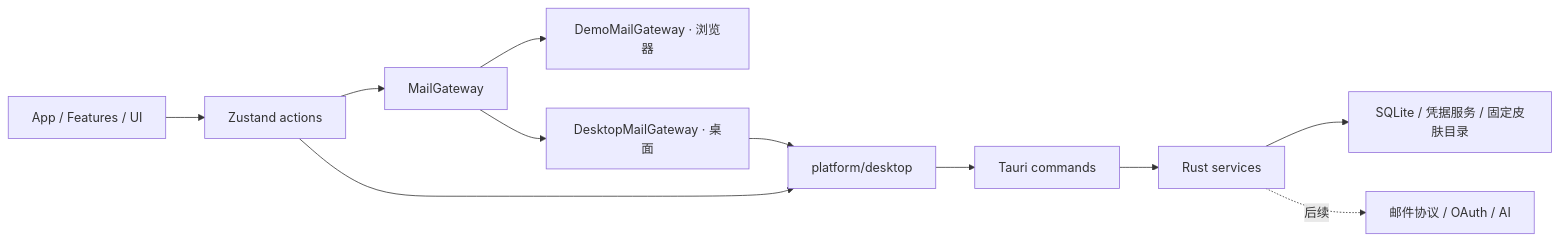
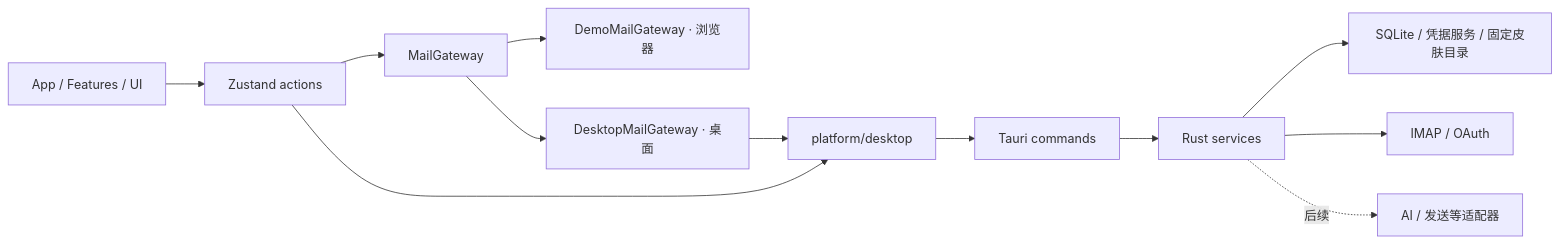
One commit to superauu/auu_email_client changed the diagram in docs/ARCHITECTURE.md. Above: the diagram before and after it, drawn with Mermaid. The commit also changed other lines of this file and 97 other files, not shown here.

Commit message:
feat(imap): complete durable sync, recovery, OAuth and attachment workflows

````diff
--- a/docs/ARCHITECTURE.md
+++ b/docs/ARCHITECTURE.md
@@ -32,13 +32,14 @@
 ```mermaid
 flowchart LR
   UI[App / Features / UI] --> Store[Zustand actions]
   Store --> Gateway[MailGateway]
   Gateway --> Demo[DemoMailGateway · 浏览器]
   Gateway --> DesktopGw[DesktopMailGateway · 桌面]
   Store --> Platform[platform/desktop]
   DesktopGw --> Platform
   Platform --> IPC[Tauri commands]
   IPC --> Native[Rust services]
   Native --> Storage[SQLite / 凭据服务 / 固定皮肤目录]
-  Native -. 后续 .-> Providers[邮件协议 / OAuth / AI]
+  Native --> Providers[IMAP / OAuth]
+  Native -. 后续 .-> AI[AI / 发送等适配器]
 ```
````
